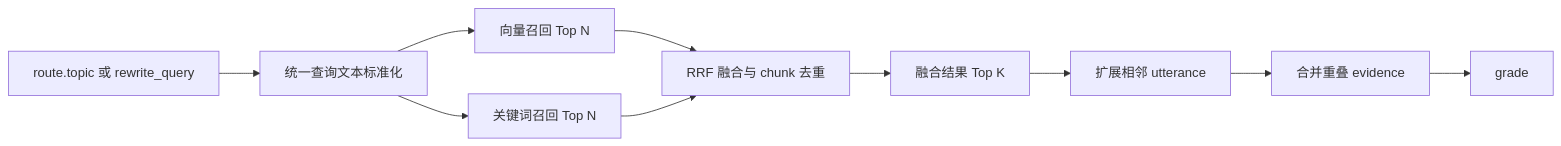
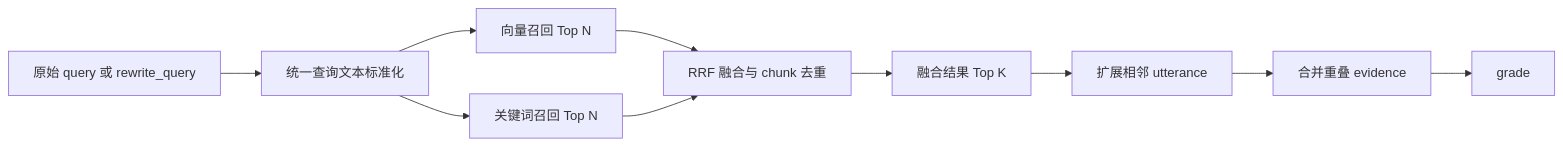
The diagram in docs/python-backend-rag-hybrid-search.md (Sxs7513/AIRecordSummary), drawn with Mermaid before and after one commit. The commit also changed other lines of this file and 288 other files, not shown here.

````diff
--- a/docs/python-backend-rag-hybrid-search.md
+++ b/docs/python-backend-rag-hybrid-search.md
@@ -53,12 +53,12 @@
 ```mermaid
 flowchart LR
-    A["route.topic 或 rewrite_query"] --> B["统一查询文本标准化"]
+    A["原始 query 或 rewrite_query"] --> B["统一查询文本标准化"]
     B --> C["向量召回 Top N"]
     B --> D["关键词召回 Top N"]
     C --> E["RRF 融合与 chunk 去重"]
     D --> E
     E --> F["融合结果 Top K"]
     F --> G["扩展相邻 utterance"]
     G --> H["合并重叠 evidence"]
     H --> I["grade"]
 ```
````
